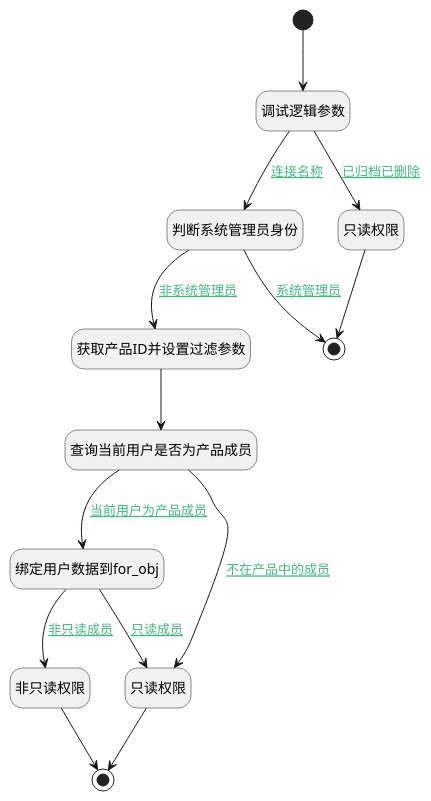
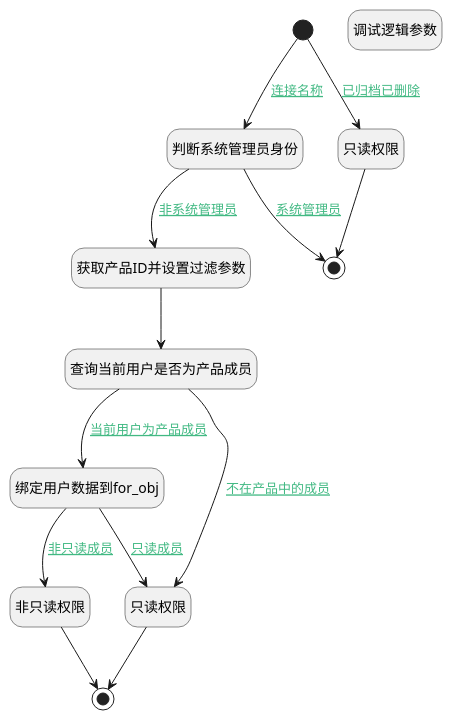
The diagram in doc/docsify/module/ProdMgmt/idea/logic/get_product_member.md (iBizLab/plm), drawn with PlantUML before and after one commit. The commit also changed other lines of this file and 1473 other files, not shown here.

````diff
--- a/doc/docsify/module/ProdMgmt/idea/logic/get_product_member.md
+++ b/doc/docsify/module/ProdMgmt/idea/logic/get_product_member.md
@@ -7,40 +7,39 @@
 ```plantuml
 @startuml
 hide empty description
 <style>
 root {
   HyperlinkColor #42b983
 }
 </style>
 
 hide empty description
 state "开始" as Begin <<start>> [[$./get_product_member#begin {"开始"}]]
 state "调试逻辑参数" as DEBUGPARAM1  [[$./get_product_member#debugparam1 {"调试逻辑参数"}]]
 state "判断系统管理员身份" as RAWSFCODE3  [[$./get_product_member#rawsfcode3 {"判断系统管理员身份"}]]
 state "结束" as END2 <<end>> [[$./get_product_member#end2 {"结束"}]]
 state "获取产品ID并设置过滤参数" as PREPAREPARAM2  [[$./get_product_member#prepareparam2 {"获取产品ID并设置过滤参数"}]]
 state "查询当前用户是否为产品成员" as DEDATASET3  [[$./get_product_member#dedataset3 {"查询当前用户是否为产品成员"}]]
 state "绑定用户数据到for_obj" as PREPAREPARAM5  [[$./get_product_member#prepareparam5 {"绑定用户数据到for_obj"}]]
 state "只读权限" as RAWSFCODE1  [[$./get_product_member#rawsfcode1 {"只读权限"}]]
 state "非只读权限" as RAWSFCODE2  [[$./get_product_member#rawsfcode2 {"非只读权限"}]]
 state "结束" as END6 <<end>> [[$./get_product_member#end6 {"结束"}]]
 state "只读权限" as RAWSFCODE4  [[$./get_product_member#rawsfcode4 {"只读权限"}]]
 
 
-Begin --> DEBUGPARAM1
-DEBUGPARAM1 --> RAWSFCODE4 : [[$./get_product_member#debugparam1-rawsfcode4{已归档已删除} 已归档已删除]]
+Begin --> RAWSFCODE4 : [[$./get_product_member#begin-rawsfcode4{已归档已删除} 已归档已删除]]
 RAWSFCODE4 --> END2
-DEBUGPARAM1 --> RAWSFCODE3 : [[$./get_product_member#debugparam1-rawsfcode3{连接名称} 连接名称]]
+Begin --> RAWSFCODE3 : [[$./get_product_member#begin-rawsfcode3{连接名称} 连接名称]]
 RAWSFCODE3 --> PREPAREPARAM2 : [[$./get_product_member#rawsfcode3-prepareparam2{非系统管理员} 非系统管理员]]
 PREPAREPARAM2 --> DEDATASET3
 DEDATASET3 --> RAWSFCODE1 : [[$./get_product_member#dedataset3-rawsfcode1{不在产品中的成员} 不在产品中的成员]]
 RAWSFCODE1 --> END6
 DEDATASET3 --> PREPAREPARAM5 : [[$./get_product_member#dedataset3-prepareparam5{当前用户为产品成员} 当前用户为产品成员]]
 PREPAREPARAM5 --> RAWSFCODE2 : [[$./get_product_member#prepareparam5-rawsfcode2{非只读成员} 非只读成员]]
 RAWSFCODE2 --> END6
 PREPAREPARAM5 --> RAWSFCODE1 : [[$./get_product_member#prepareparam5-rawsfcode1{只读成员} 只读成员]]
 RAWSFCODE3 --> END2 : [[$./get_product_member#rawsfcode3-end2{系统管理员} 系统管理员]]
 
 
 @enduml
 ```
````
